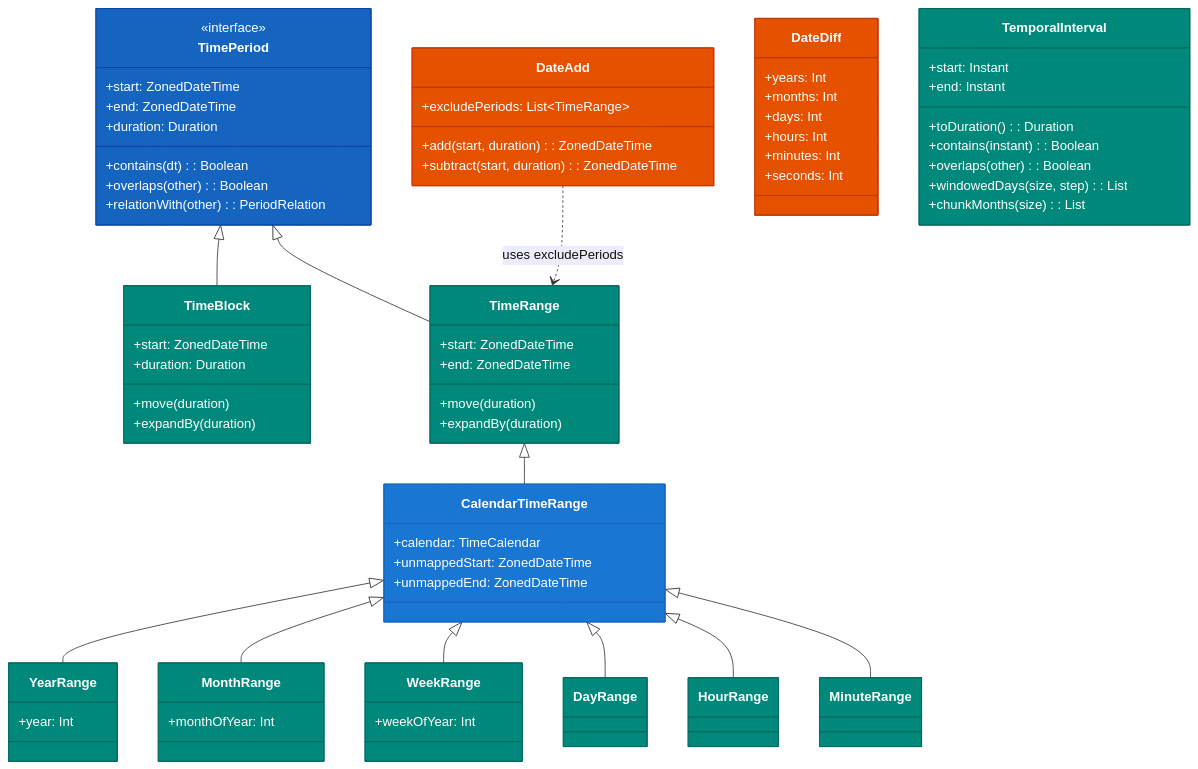
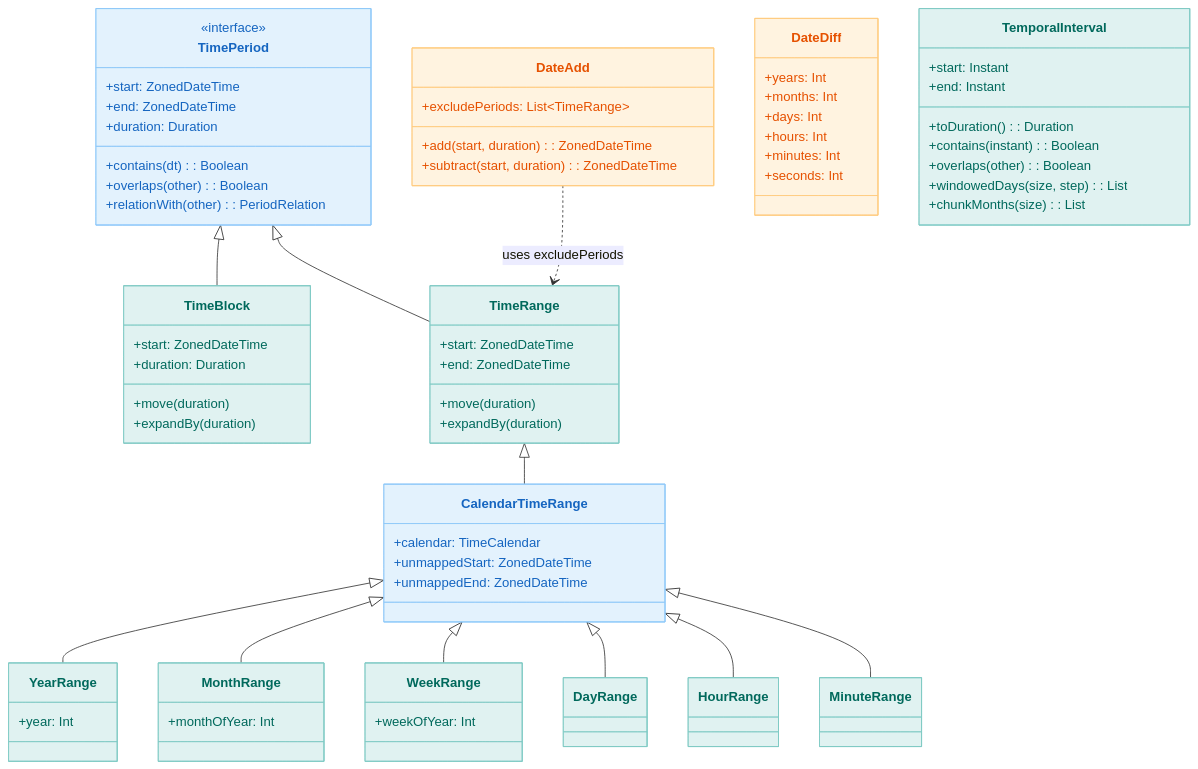
One commit to bluetape4k/bluetape4k-projects changed the second of 3 diagrams in utils/javatimes/README.md. Above: the diagram before and after it, drawn with Mermaid. The commit also changed other lines of this file and 219 other files, not shown here.

First line of the commit message:
docs: 전체 README Mermaid 다이어그램 가이드 적용

````diff
--- a/utils/javatimes/README.md
+++ b/utils/javatimes/README.md
@@ -120,17 +120,17 @@
     CalendarTimeRange <|-- MinuteRange
     DateAdd ..> TimeRange : uses excludePeriods
 
-    style TimePeriod fill:#1565C0,stroke:#0D47A1,color:#FFFFFF
-    style TimeBlock fill:#00897B,stroke:#00695C,color:#FFFFFF
-    style TimeRange fill:#00897B,stroke:#00695C,color:#FFFFFF
-    style CalendarTimeRange fill:#1976D2,stroke:#1565C0,color:#FFFFFF
-    style YearRange fill:#00897B,stroke:#00695C,color:#FFFFFF
-    style MonthRange fill:#00897B,stroke:#00695C,color:#FFFFFF
-    style WeekRange fill:#00897B,stroke:#00695C,color:#FFFFFF
-    style DayRange fill:#00897B,stroke:#00695C,color:#FFFFFF
-    style HourRange fill:#00897B,stroke:#00695C,color:#FFFFFF
-    style MinuteRange fill:#00897B,stroke:#00695C,color:#FFFFFF
-    style DateAdd fill:#E65100,stroke:#BF360C,color:#FFFFFF
-    style DateDiff fill:#E65100,stroke:#BF360C,color:#FFFFFF
-    style TemporalInterval fill:#00897B,stroke:#00695C,color:#FFFFFF
+    style TimePeriod fill:#E3F2FD,stroke:#90CAF9,color:#1565C0
+    style TimeBlock fill:#E0F2F1,stroke:#80CBC4,color:#00695C
+    style TimeRange fill:#E0F2F1,stroke:#80CBC4,color:#00695C
+    style CalendarTimeRange fill:#E3F2FD,stroke:#90CAF9,color:#1565C0
+    style YearRange fill:#E0F2F1,stroke:#80CBC4,color:#00695C
+    style MonthRange fill:#E0F2F1,stroke:#80CBC4,color:#00695C
+    style WeekRange fill:#E0F2F1,stroke:#80CBC4,color:#00695C
+    style DayRange fill:#E0F2F1,stroke:#80CBC4,color:#00695C
+    style HourRange fill:#E0F2F1,stroke:#80CBC4,color:#00695C
+    style MinuteRange fill:#E0F2F1,stroke:#80CBC4,color:#00695C
+    style DateAdd fill:#FFF3E0,stroke:#FFCC80,color:#E65100
+    style DateDiff fill:#FFF3E0,stroke:#FFCC80,color:#E65100
+    style TemporalInterval fill:#E0F2F1,stroke:#80CBC4,color:#00695C
 ```
````
